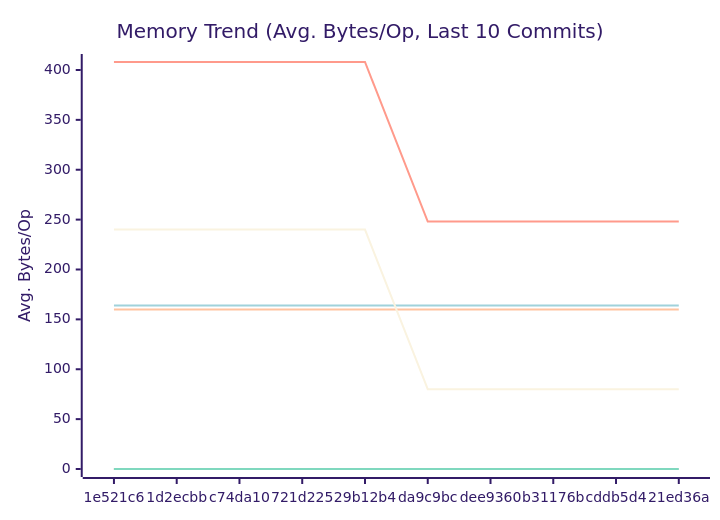
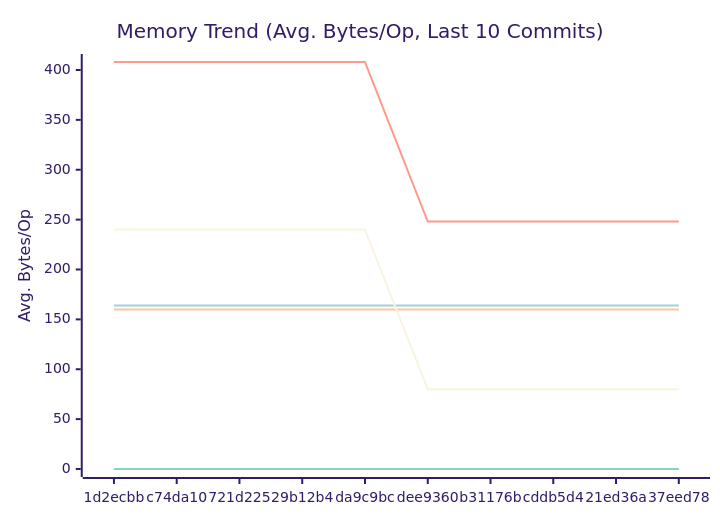
The second of 3 diagrams in docs/PERFORMANCE.md (alsotoes/momo), drawn with Mermaid (forest theme) before and after one commit. The commit also changed other lines of this file and 2 other files, not shown here.

````diff
--- a/docs/PERFORMANCE.md
+++ b/docs/PERFORMANCE.md
@@ -98,16 +97,16 @@
 ```mermaid
 xychart-beta
     title "Memory Trend (Avg. Bytes/Op, Last 10 Commits)"
     x-axis "Commit"
     y-axis "Avg. Bytes/Op"
-    x-axis [1e521c6,1d2ecbb,c74da10,721d225,29b12b4,da9c9bc,dee9360,b31176b,cddb5d4,21ed36a]
+    x-axis [1d2ecbb,c74da10,721d225,29b12b4,da9c9bc,dee9360,b31176b,cddb5d4,21ed36a,37eed78]
     line "CheckMetricsAndSwap" [0,0,0,0,0,0,0,0,0,0]
     line "CrushOptimized" [0,0,0,0,0,0,0,0,0,0]
     line "CrushOriginal" [164,164,164,164,164,164,164,164,164,164]
     line "IndexDirectTracking" [0,0,0,0,0,0,0,0,0,0]
     line "IndexSearch" [0,0,0,0,0,0,0,0,0,0]
     line "LoadGlobalConfig" [160,160,160,160,160,160,160,160,160,160]
     line "PadString" [0,0,0,0,0,0,0,0,0,0]
     line "ParseReplicationOrder_NoPrealloc" [408,408,408,408,408,248,248,248,248,248]
     line "ParseReplicationOrder_Prealloc" [240,240,240,240,240,80,80,80,80,80]
 ```
````
